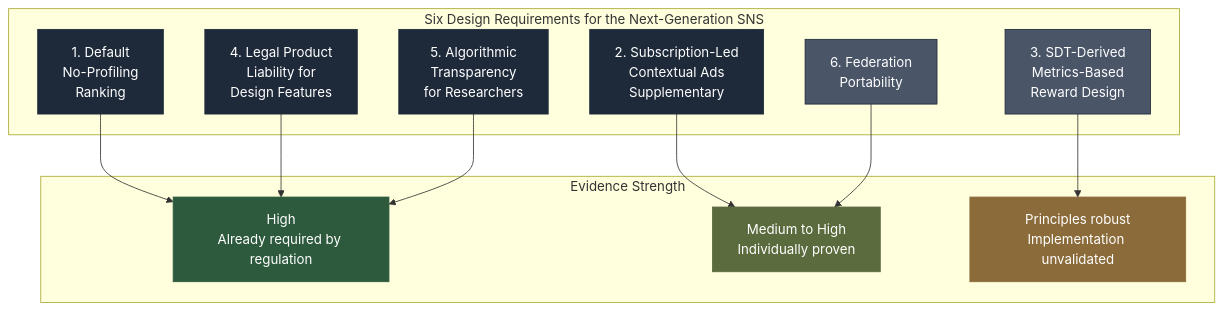
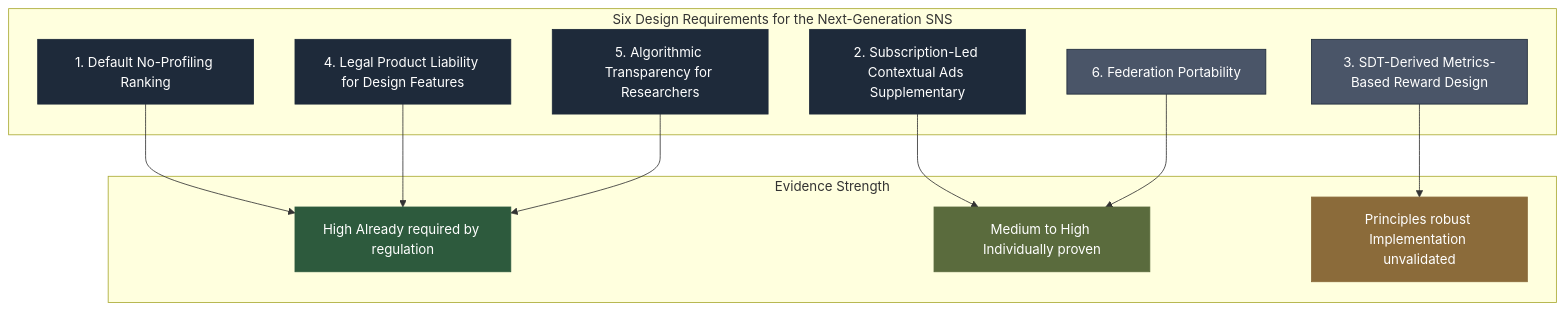
Before and after one commit to Leading-AI-IO/the-attention-economy-is-over: the fifth of 5 diagrams in docs/en/the-attention-economy-is-over_EN.md, drawn with Mermaid. The commit also changed other lines of this file, not shown here.

````diff
--- a/docs/en/the-attention-economy-is-over_EN.md
+++ b/docs/en/the-attention-economy-is-over_EN.md
@@ -1404,34 +1404,34 @@
 ```mermaid
 graph TB
     subgraph "Six Design Requirements for the Next-Generation SNS"
-        A[1. Default\nNo-Profiling\nRanking]
-        B[2. Subscription-Led\nContextual Ads\nSupplementary]
-        C[3. SDT-Derived\nMetrics-Based\nReward Design]
-        D[4. Legal Product\nLiability for\nDesign Features]
-        E[5. Algorithmic\nTransparency\nfor Researchers]
-        F[6. Federation\nPortability]
+        A[1. Default No-Profiling Ranking]
+        B[2. Subscription-Led Contextual Ads Supplementary]
+        C[3. SDT-Derived Metrics-Based Reward Design]
+        D[4. Legal Product Liability for Design Features]
+        E[5. Algorithmic Transparency for Researchers]
+        F[6. Federation Portability]
     end
 
     subgraph "Evidence Strength"
-        G[High\nAlready required by regulation]
-        H[Medium to High\nIndividually proven]
-        I[Principles robust\nImplementation unvalidated]
+        G[High Already required by regulation]
+        H[Medium to High Individually proven]
+        I[Principles robust Implementation unvalidated]
     end
 
     A --> G
     D --> G
     E --> G
     B --> H
     F --> H
     C --> I
 
     style A fill:#1e2a3a,stroke:#1e2a3a,color:#fff
     style B fill:#1e2a3a,stroke:#1e2a3a,color:#fff
     style C fill:#4a5568,stroke:#1e2a3a,color:#fff
     style D fill:#1e2a3a,stroke:#1e2a3a,color:#fff
     style E fill:#1e2a3a,stroke:#1e2a3a,color:#fff
     style F fill:#4a5568,stroke:#1e2a3a,color:#fff
     style G fill:#2d5a3d,stroke:#2d5a3d,color:#fff
     style H fill:#5a6b3d,stroke:#5a6b3d,color:#fff
     style I fill:#8b6b3a,stroke:#8b6b3a,color:#fff
 ```
````
